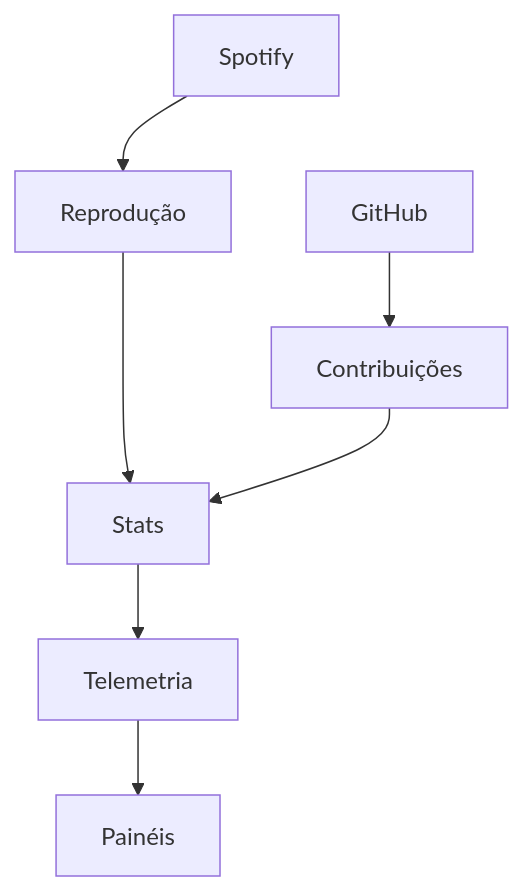
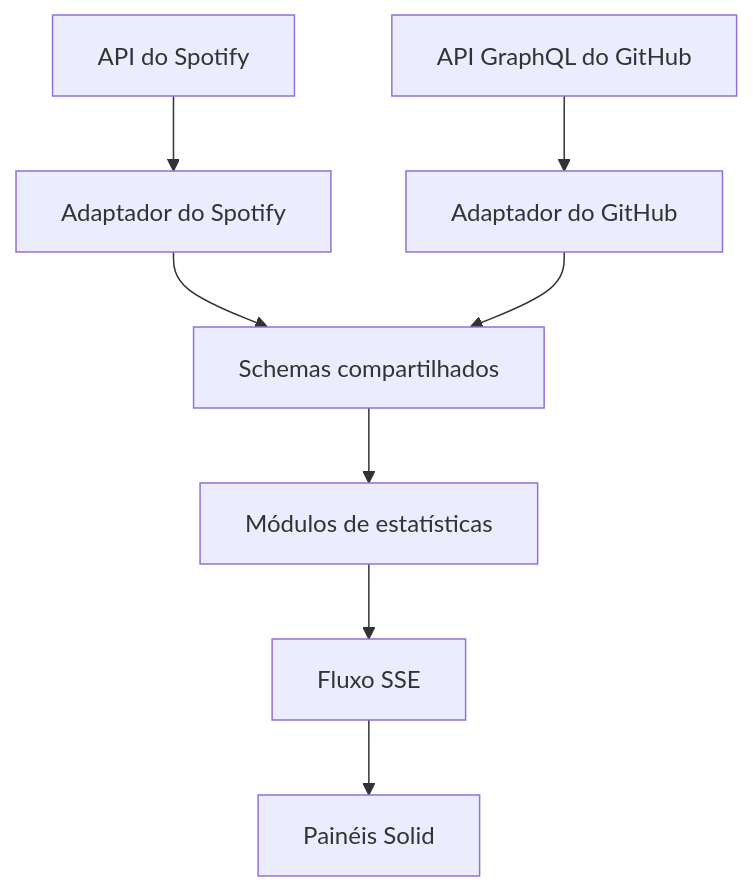
Before and after one commit to ErickCReis/ErickCReis: the first of 2 diagrams in web/content/blog/personal-telemetry-from-spotify-and-github.pt-BR.mdx, drawn with Mermaid. The commit also changed other lines of this file and 1 other file, not shown here.

````diff
--- a/web/content/blog/personal-telemetry-from-spotify-and-github.pt-BR.mdx
+++ b/web/content/blog/personal-telemetry-from-spotify-and-github.pt-BR.mdx
@@ -16,11 +14,10 @@
 ```mermaid center
 flowchart TB
-  SpotifyAPI["Spotify"] --> Spotify["Reprodução"]
-  GitHubAPI["GitHub"] --> GitHub["Contribuições"]
-  SpotifyAPI ~~~ GitHubAPI
-  Spotify ~~~ GitHub
-  Spotify --> Contract["Stats"]
-  GitHub --> Contract
-  Contract --> Stream["Telemetria"]
-  Stream --> Panels["Painéis"]
+  SpotifyAPI["API do Spotify"] --> SpotifyAdapter["Adaptador do Spotify"]
+  GitHubAPI["API GraphQL do GitHub"] --> GitHubAdapter["Adaptador do GitHub"]
+  SpotifyAdapter --> Schemas["Schemas compartilhados"]
+  GitHubAdapter --> Schemas
+  Schemas --> Modules["Módulos de estatísticas"]
+  Modules --> Stream["Fluxo SSE"]
+  Stream --> Panels["Painéis Solid"]
 ```
````
